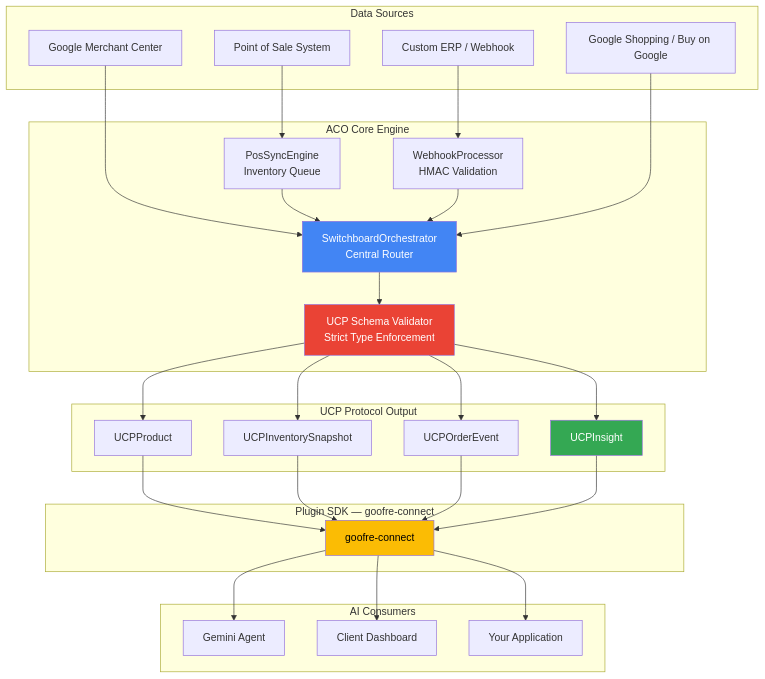
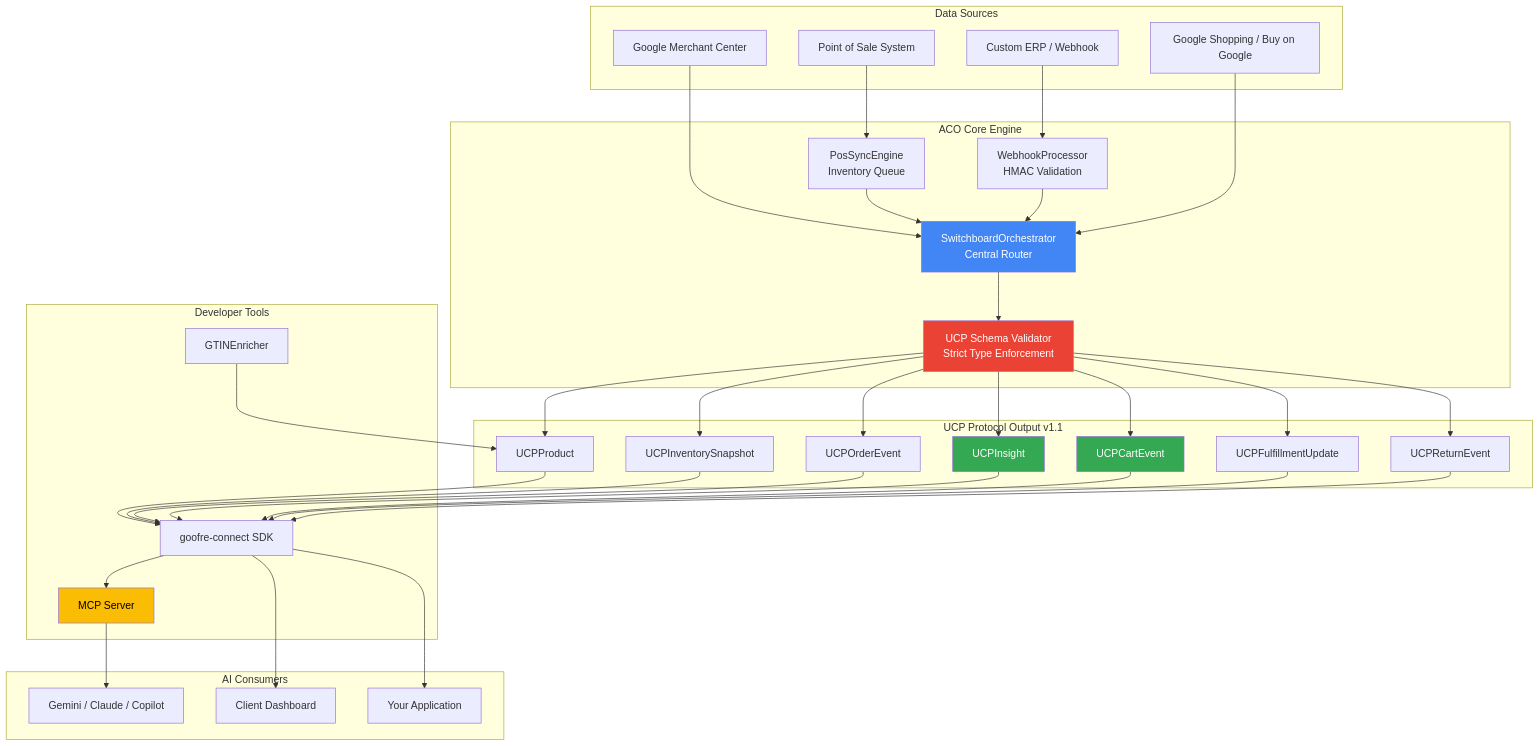
Before and after one commit to goofre-opensource/agentic_commerce_orchestrator_ACO: the diagram in README.md, drawn with Mermaid. The commit also changed other lines of this file and 1 other file, not shown here.

Commit message:
docs: update README and ROADMAP for UCP v1.1, Merchant API v1, MCP Server, GTINEnricher

````diff
--- a/README.md
+++ b/README.md
@@ -157,47 +159,55 @@
 ```mermaid
 graph TB
     subgraph "Data Sources"
         A[Google Merchant Center]
         B[Point of Sale System]
         C[Custom ERP / Webhook]
         D[Google Shopping / Buy on Google]
     end
 
     subgraph "ACO Core Engine"
         E[WebhookProcessor<br/>HMAC Validation]
         F[SwitchboardOrchestrator<br/>Central Router]
         G[PosSyncEngine<br/>Inventory Queue]
         H[UCP Schema Validator<br/>Strict Type Enforcement]
     end
 
-    subgraph "UCP Protocol Output"
+    subgraph "UCP Protocol Output v1.1"
         I[UCPProduct]
         J[UCPInventorySnapshot]
         K[UCPOrderEvent]
         L[UCPInsight]
+        M2[UCPCartEvent]
+        N2[UCPFulfillmentUpdate]
+        O2[UCPReturnEvent]
     end
 
-    subgraph "Plugin SDK — goofre-connect"
-        P[goofre-connect]
+    subgraph "Developer Tools"
+        P[goofre-connect SDK]
+        Q[MCP Server]
+        R[GTINEnricher]
     end
 
     subgraph "AI Consumers"
-        M[Gemini Agent]
+        M[Gemini / Claude / Copilot]
         N[Client Dashboard]
         O[Your Application]
     end
 
     A --> F
     B --> G --> F
     C --> E --> F
     D --> F
     F --> H
-    H --> I & J & K & L
-    I & J & K & L --> P
-    P --> M & N & O
+    H --> I & J & K & L & M2 & N2 & O2
+    I & J & K & L & M2 & N2 & O2 --> P
+    P --> Q --> M
+    P --> N & O
+    R --> I
 
     style F fill:#4285F4,color:#fff
     style H fill:#EA4335,color:#fff
     style L fill:#34A853,color:#fff
-    style P fill:#FBBC04,color:#000
+    style Q fill:#FBBC04,color:#000
+    style M2 fill:#34A853,color:#fff
 ```
````
